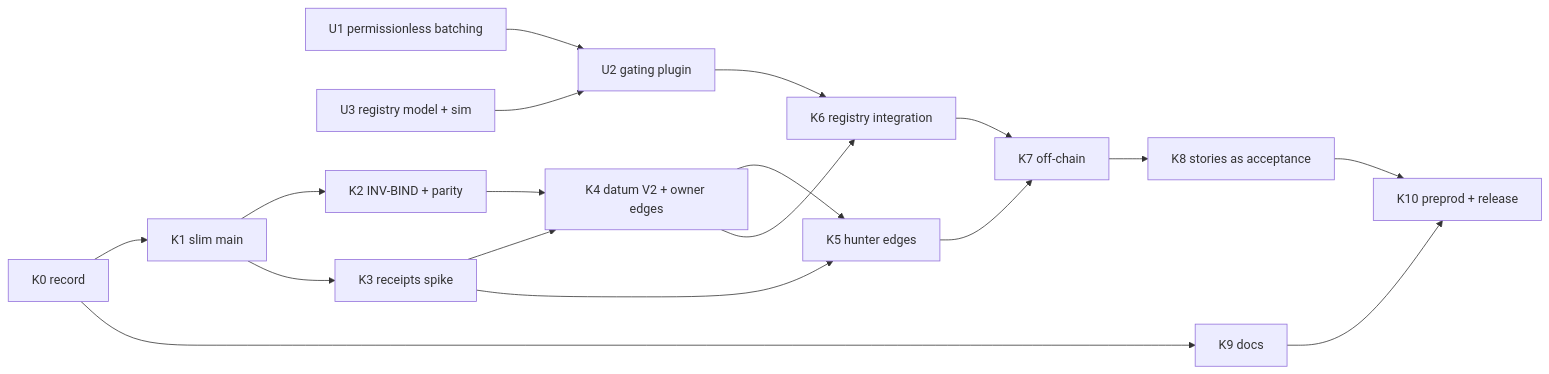
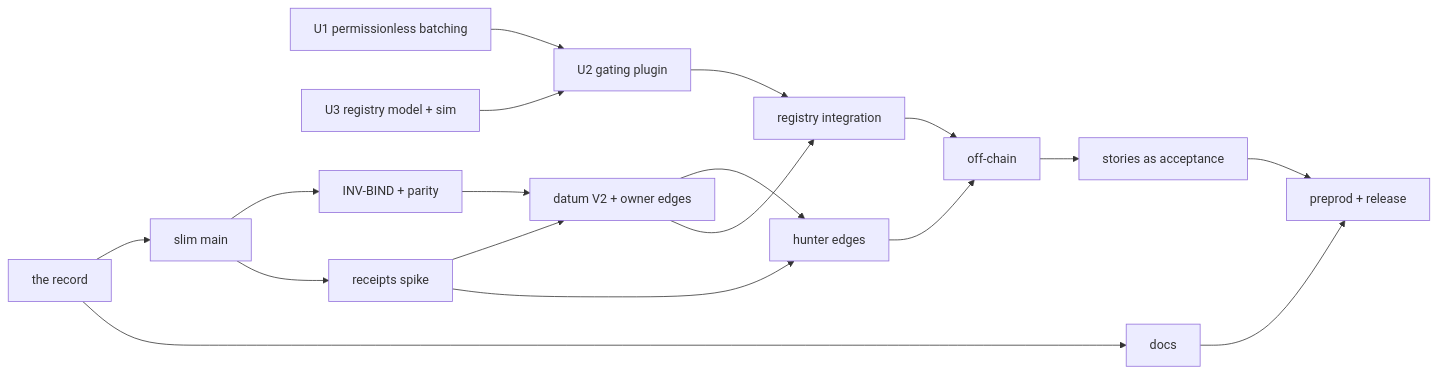
One commit to lambdasistemi/cardano-keri changed the diagram in docs/roadmap.md. Above: the diagram before and after it, drawn with Mermaid. The commit also changed other lines of this file and 51 other files, not shown here.

````diff
--- a/docs/roadmap.md
+++ b/docs/roadmap.md
@@ -53,20 +55,20 @@
 ```mermaid
 flowchart LR
     U1[U1 permissionless batching] --> U2[U2 gating plugin]
     U3[U3 registry model + sim] --> U2
-    U2 --> K6[K6 registry integration]
-    K0[K0 record] --> K1[K1 slim main]
-    K1 --> K2[K2 INV-BIND + parity]
-    K1 --> K3[K3 receipts spike]
-    K2 --> K4[K4 datum V2 + owner edges]
-    K3 --> K4
-    K4 --> K5[K5 hunter edges]
-    K3 --> K5
-    K4 --> K6
-    K5 --> K7[K7 off-chain]
-    K6 --> K7
-    K7 --> K8[K8 stories as acceptance]
-    K0 --> K9[K9 docs]
-    K8 --> K10[K10 preprod + release]
-    K9 --> K10
+    U2 --> E324[registry integration]
+    E318[the record] --> E319[slim main]
+    E319 --> E320[INV-BIND + parity]
+    E319 --> E321[receipts spike]
+    E320 --> E322[datum V2 + owner edges]
+    E321 --> E322
+    E322 --> E323[hunter edges]
+    E321 --> E323
+    E322 --> E324
+    E323 --> E325[off-chain]
+    E324 --> E325
+    E325 --> E326[stories as acceptance]
+    E318 --> E327[docs]
+    E326 --> E328[preprod + release]
+    E327 --> E328
 ```
````
